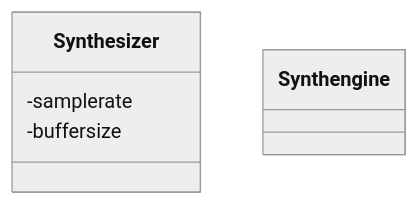
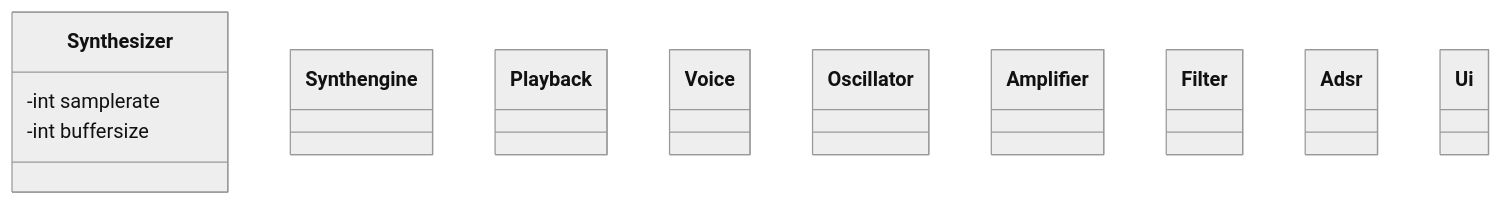
Before and after one commit to rudolf-heiskanen/ot-harjoitustyo: the diagram in dokumentaatio/luokkakaavio.md, drawn with Mermaid (neutral theme).

````diff
--- a/dokumentaatio/luokkakaavio.md
+++ b/dokumentaatio/luokkakaavio.md
@@ -2,8 +2,15 @@
 ```mermaid
 classDiagram
     class Synthesizer{
-        -samplerate
-	-buffersize
+        -int samplerate
+	-int buffersize
     }
     class Synthengine
+    class Playback
+    class Voice
+    class Oscillator
+    class Amplifier
+    class Filter
+    class Adsr
+    class Ui
 ```
````
